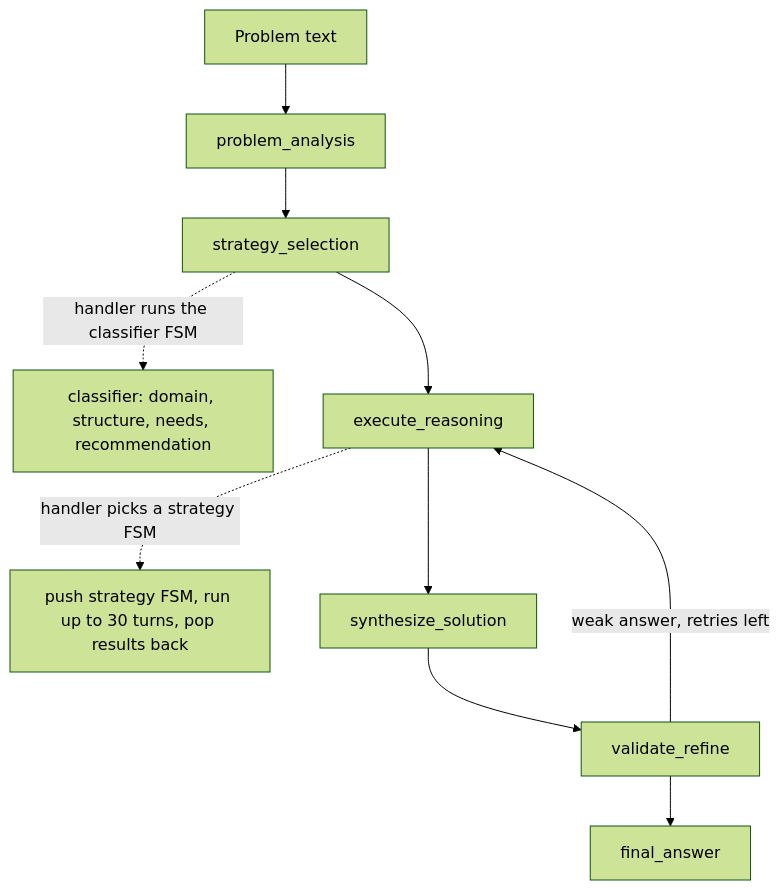
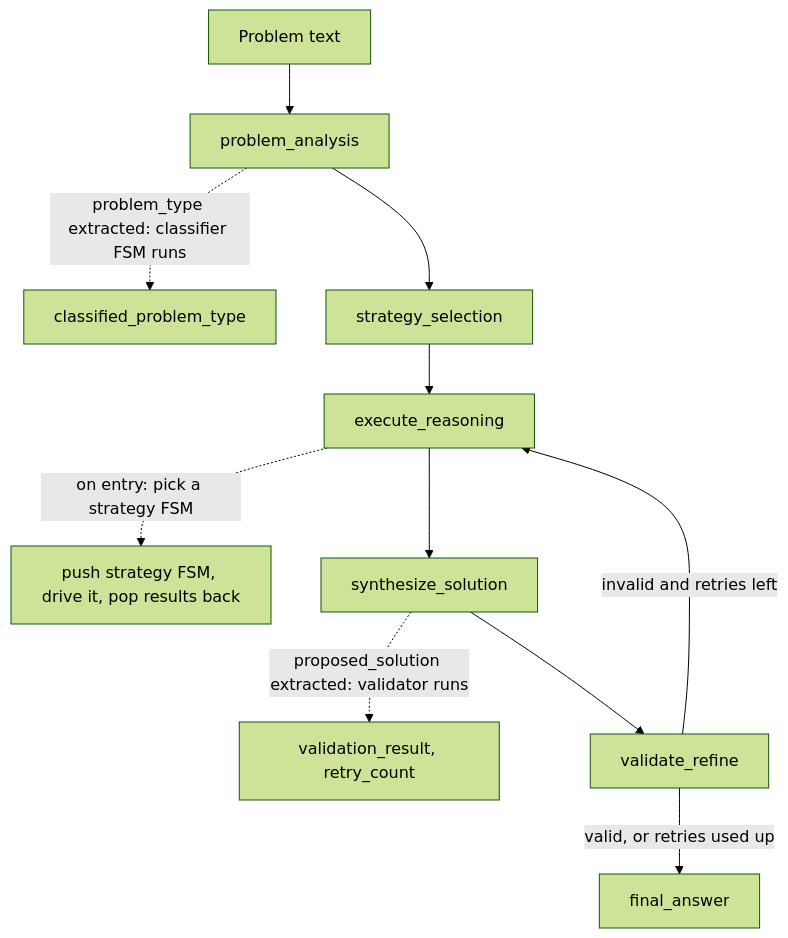
Before and after one commit to NikolasMarkou/fsm_llm: the diagram in src/fsm_llm/reasoning/README.md, drawn with Mermaid (forest theme). The commit also changed other lines of this file and 49 other files, not shown here.

````diff
--- a/src/fsm_llm/reasoning/README.md
+++ b/src/fsm_llm/reasoning/README.md
@@ -11,12 +11,13 @@
 ```mermaid
 flowchart TD
     P[Problem text] --> A[problem_analysis]
+    A -. problem_type extracted: classifier FSM runs .-> C[classified_problem_type]
     A --> S[strategy_selection]
-    S -. handler runs the classifier FSM .-> C[classifier: domain, structure, needs, recommendation]
     S --> E[execute_reasoning]
-    E -. handler picks a strategy FSM .-> X[push strategy FSM, run up to 30 turns, pop results back]
+    E -. on entry: pick a strategy FSM .-> X[push strategy FSM, drive it, pop results back]
     E --> Y[synthesize_solution]
+    Y -. proposed_solution extracted: validator runs .-> V0[validation_result, retry_count]
     Y --> V[validate_refine]
-    V -- weak answer, retries left --> E
-    V --> F[final_answer]
+    V -- valid, or retries used up --> F[final_answer]
+    V -- invalid and retries left --> E
 ```
````
